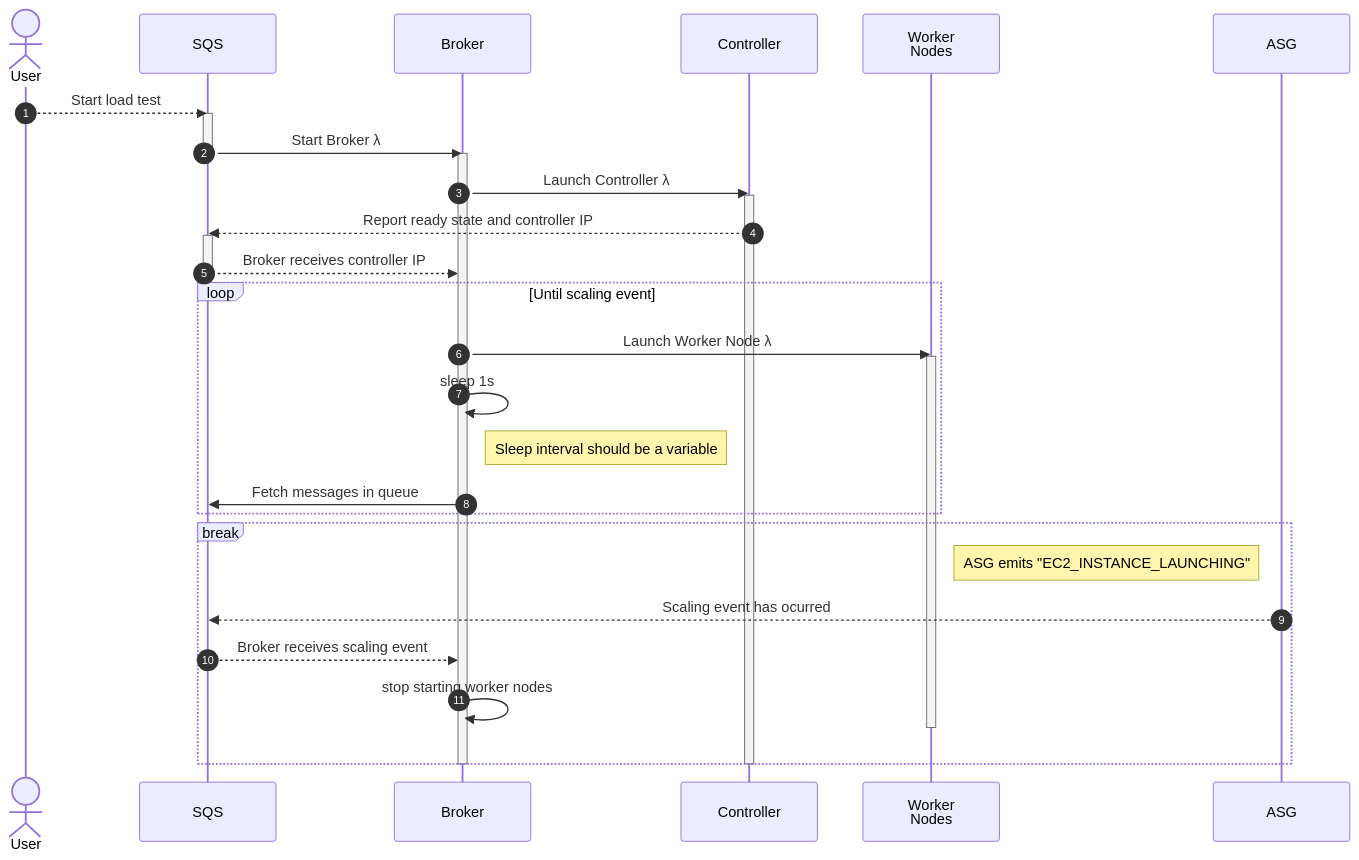
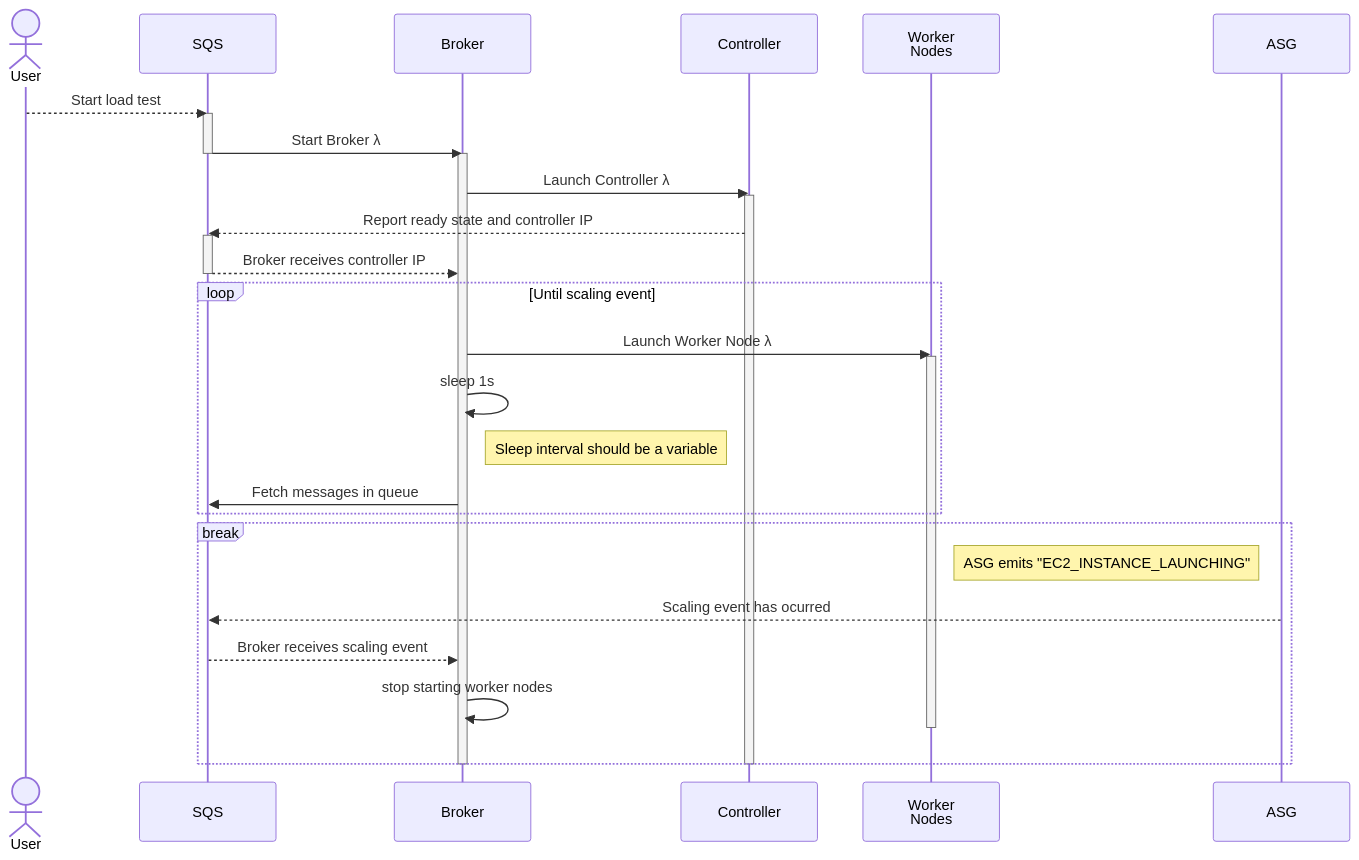
The diagram in apps/utils/locust_tests/lambda/server-load/README.md (CMSgov/beneficiary-fhir-data), drawn with Mermaid before and after one commit.

Commit message:
Remove autonumber to maybe appease github

````diff
--- a/apps/utils/locust_tests/lambda/server-load/README.md
+++ b/apps/utils/locust_tests/lambda/server-load/README.md
@@ -1,37 +1,36 @@
 ```mermaid
 sequenceDiagram
-    autonumber
     actor u as User
     participant sqs as SQS
     participant b as Broker
     participant c as Controller
     participant n AS Worker<br />Nodes
     participant asg as ASG
     u -->> sqs: Start load test
     activate sqs
     sqs ->> b: Start Broker #lambda;
     deactivate sqs
     activate b
     b ->> c: Launch Controller #lambda;
     activate c
     c -->> sqs: Report ready state and controller IP
     activate sqs
     sqs -->> b: Broker receives controller IP
     deactivate sqs
     loop Until scaling event
         b ->> n: Launch Worker Node #lambda;
         activate n
         b ->> b: sleep 1s
         Note right of b: Sleep interval should be a variable
         b ->> sqs: Fetch messages in queue
     end
     break
         Note left of asg: ASG emits "EC2_INSTANCE_LAUNCHING"
         asg -->> sqs: Scaling event has ocurred
         sqs -->> b: Broker receives scaling event
         b ->> b: stop starting worker nodes
         deactivate n
     end
     deactivate c
     deactivate b
 ```
````
